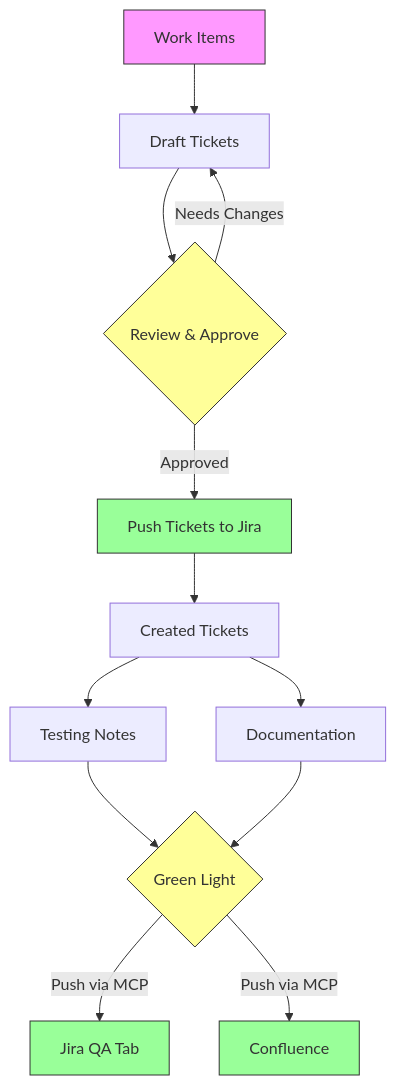
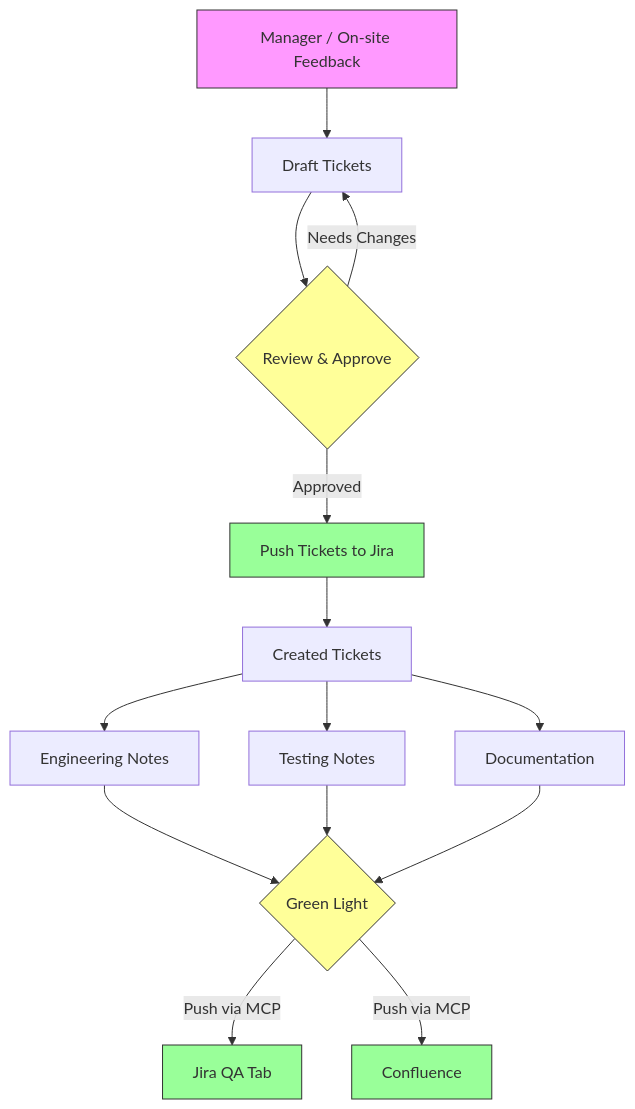
The diagram in Anvil/workflow-diagram.md (alv-sanchez/Vault), drawn with Mermaid before and after one commit. The commit also changed other lines of this file and 10 other files, not shown here.

````diff
--- a/Anvil/workflow-diagram.md
+++ b/Anvil/workflow-diagram.md
@@ -3,27 +3,29 @@
 ```mermaid
 flowchart TD
-    A[Work Items] --> B[Draft Tickets]
-    
+    A[Manager / On-site Feedback] --> B[Draft Tickets]
+
     B --> C{Review & Approve}
     C -->|Needs Changes| B
-    
+
     C -->|Approved| D[Push Tickets to Jira]
-    
+
     D --> E[Created Tickets]
-    
-    E --> F[Testing Notes]
-    E --> G[Documentation]
-    
-    F --> H{Green Light}
-    G --> H
-    
-    H -->|Push via MCP| I[Jira QA Tab]
-    H -->|Push via MCP| J[Confluence]
-    
+
+    E --> F[Engineering Notes]
+    E --> G[Testing Notes]
+    E --> H[Documentation]
+
+    F --> I{Green Light}
+    G --> I
+    H --> I
+
+    I -->|Push via MCP| J[Jira QA Tab]
+    I -->|Push via MCP| K[Confluence]
+
     style A fill:#f9f,stroke:#333
     style C fill:#ff9,stroke:#333
     style D fill:#9f9,stroke:#333
-    style H fill:#ff9,stroke:#333
-    style I fill:#9f9,stroke:#333
+    style I fill:#ff9,stroke:#333
     style J fill:#9f9,stroke:#333
+    style K fill:#9f9,stroke:#333
 ```
````
